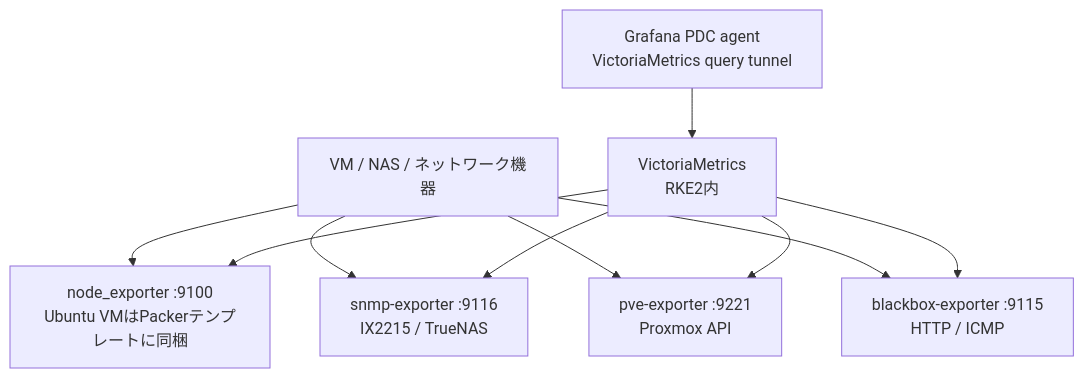
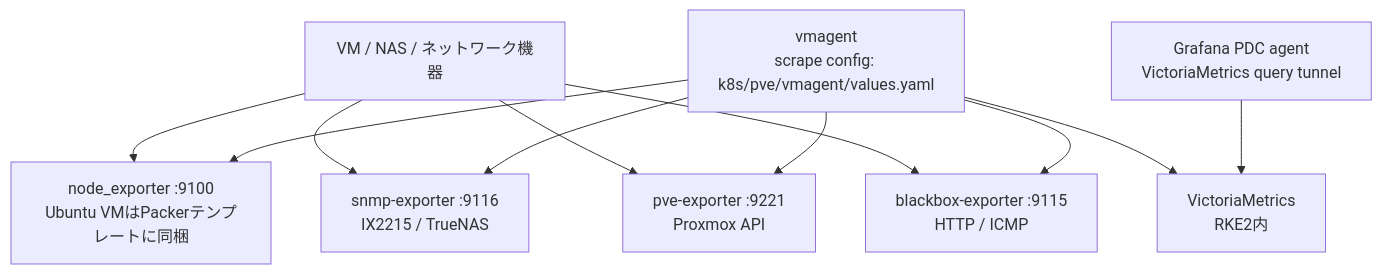
Before and after one commit to miutaku/my-infra: the fourth of 4 diagrams in README.md, drawn with Mermaid. The commit also changed other lines of this file and 2 other files, not shown here.

Commit message:
Add vmagent configuration and update monitoring setup

````diff
--- a/README.md
+++ b/README.md
@@ -331,20 +331,22 @@
 ```mermaid
 flowchart TB
   Hosts[VM / NAS / ネットワーク機器]
   Node[node_exporter :9100<br/>Ubuntu VMはPackerテンプレートに同梱]
   SNMP[snmp-exporter :9116<br/>IX2215 / TrueNAS]
   PVE[pve-exporter :9221<br/>Proxmox API]
   Blackbox[blackbox-exporter :9115<br/>HTTP / ICMP]
+  Agent[vmagent<br/>scrape config: k8s/pve/vmagent/values.yaml]
   VM[VictoriaMetrics<br/>RKE2内]
   PDC[Grafana PDC agent<br/>VictoriaMetrics query tunnel]
 
   Hosts --> Node
   Hosts --> SNMP
   Hosts --> PVE
   Hosts --> Blackbox
-  VM --> Node
-  VM --> SNMP
-  VM --> PVE
-  VM --> Blackbox
+  Agent --> Node
+  Agent --> SNMP
+  Agent --> PVE
+  Agent --> Blackbox
+  Agent --> VM
   PDC --> VM
 ```
````
